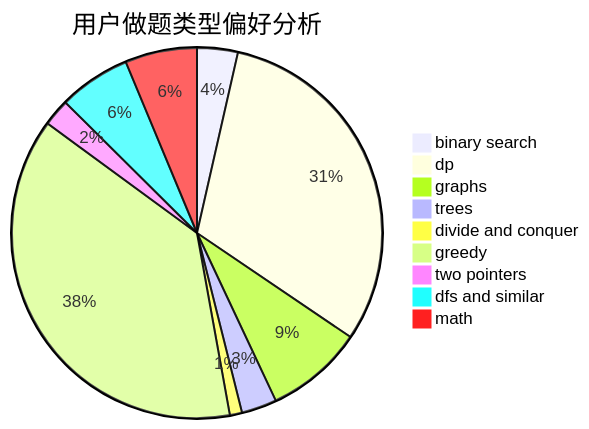
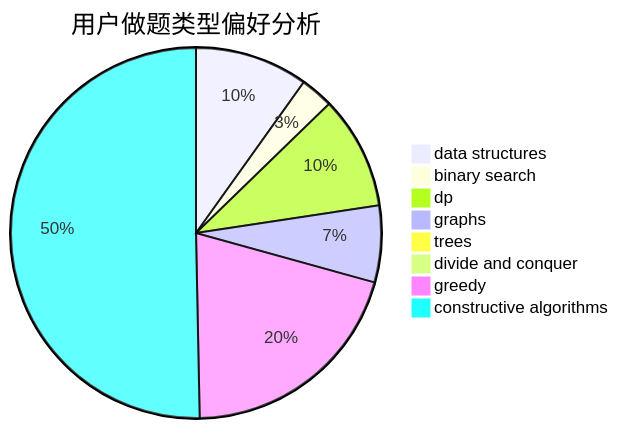
The second of 3 diagrams in docs/user/u654.md (sherpahu/cfrs.github.io), drawn with Mermaid before and after one commit. The commit also changed other lines of this file and 2775 other files, not shown here.

````diff
--- a/docs/user/u654.md
+++ b/docs/user/u654.md
@@ -23,12 +23,11 @@
 ```mermaid
 pie title 用户做题类型偏好分析
-    "binary search" :  30
-    "dp" :  261
-    "graphs" :  72
-    "trees" :  26
-    "divide and conquer" :  9
-    "greedy" :  320
-    "two pointers" :  20
-    "dfs and similar" :  53
-    "math" :  53
+    "data structures" :  31
+    "binary search" :  9
+    "dp" :  31
+    "graphs" :  21
+    "trees" :  0
+    "divide and conquer" :  0
+    "greedy" :  64
+    "constructive algorithms" :  158
 ```
````
